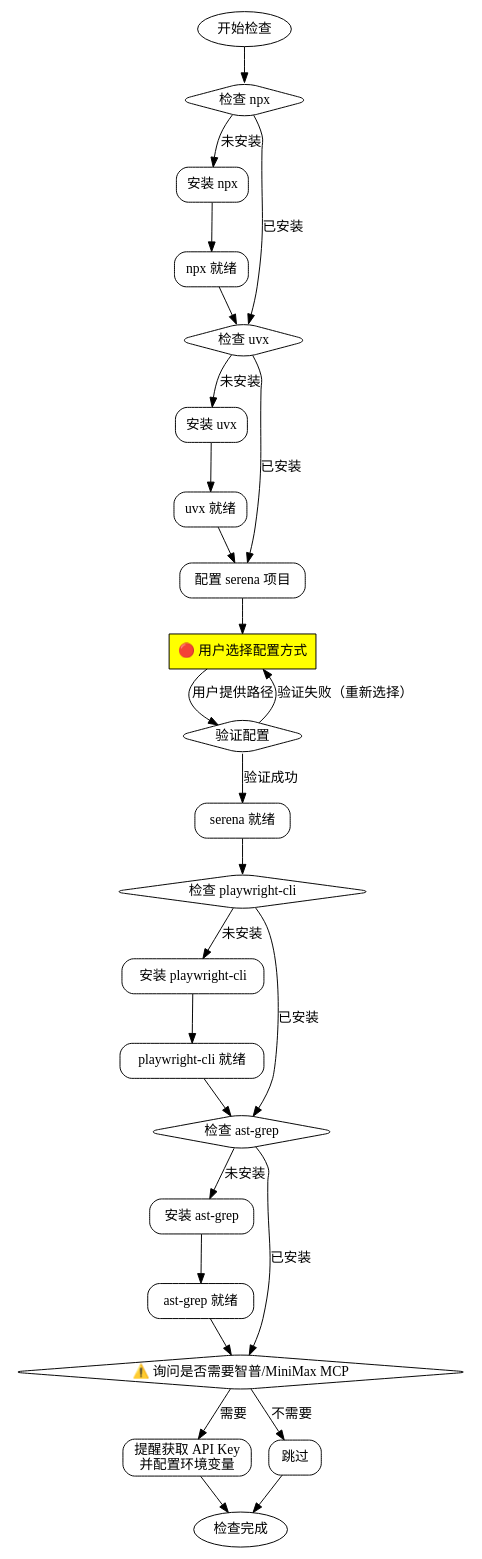
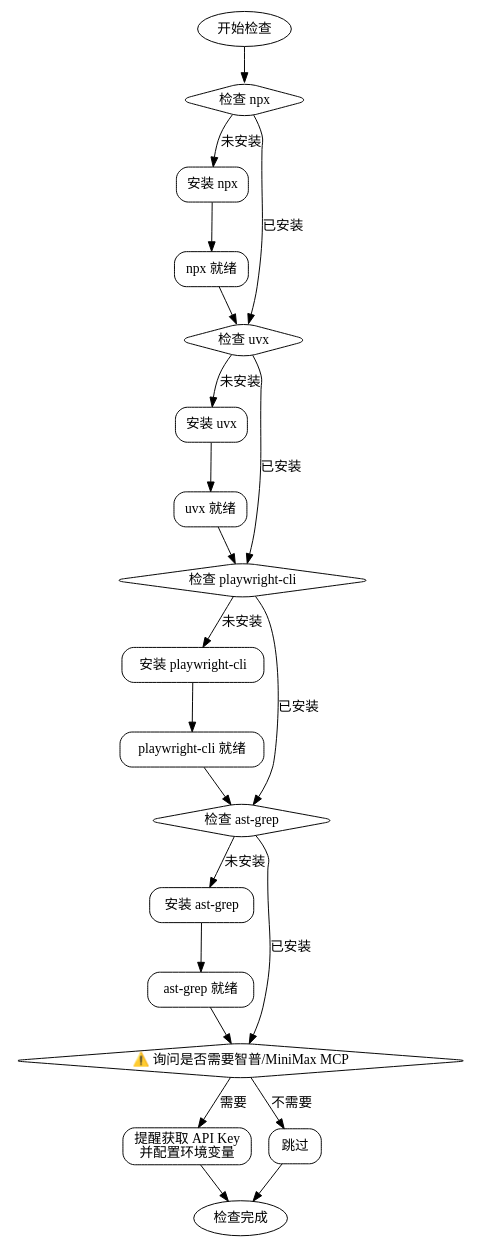
One commit to michaelChe956/Cadence-skills changed the second of 2 diagrams in cadence-init/skills/pre-check/SKILL.md. Above: the diagram before and after it, drawn with Graphviz. The commit also changed other lines of this file and 14 other files, not shown here.

````diff
--- a/cadence-init/skills/pre-check/SKILL.md
+++ b/cadence-init/skills/pre-check/SKILL.md
@@ -55,73 +54,60 @@
 ```dot
 digraph check_flow {
     rankdir=TB;
     node [shape=box, style="rounded"];
 
     start [label="开始检查", shape=ellipse];
 
     // 步骤1
     check_npx [label="检查 npx", shape=diamond];
     install_npx [label="安装 npx"];
     npx_done [label="npx 就绪"];
 
     // 步骤2
     check_uvx [label="检查 uvx", shape=diamond];
     install_uvx [label="安装 uvx"];
     uvx_done [label="uvx 就绪"];
 
     // 步骤3
-    check_serena [label="配置 serena 项目"];
-    user_choice [label="🔴 用户选择配置方式", shape=box, style=filled, fillcolor=yellow];
-    validate_serena [label="验证配置", shape=diamond];
-    serena_found [label="serena 就绪"];
-
-    // 步骤4
     check_playwright [label="检查 playwright-cli", shape=diamond];
     install_playwright [label="安装 playwright-cli"];
     playwright_done [label="playwright-cli 就绪"];
 
-    // 步骤5
+    // 步骤4
     check_ast_grep [label="检查 ast-grep", shape=diamond];
     install_ast_grep [label="安装 ast-grep"];
     ast_grep_done [label="ast-grep 就绪"];
 
-    // 步骤6（可选）
+    // 步骤5（可选）
     ask_apikey [label="⚠️ 询问是否需要智普/MiniMax MCP", shape=diamond];
     remind_apikey [label="提醒获取 API Key\n并配置环境变量"];
     skip_apikey [label="跳过"];
 
     end [label="检查完成", shape=ellipse];
 
     start -> check_npx;
     check_npx -> install_npx [label="未安装"];
     check_npx -> check_uvx [label="已安装"];
     install_npx -> npx_done;
     npx_done -> check_uvx;
 
     check_uvx -> install_uvx [label="未安装"];
-    check_uvx -> check_serena [label="已安装"];
+    check_uvx -> check_playwright [label="已安装"];
     install_uvx -> uvx_done;
-    uvx_done -> check_serena;
-
-    check_serena -> user_choice;
-    user_choice -> validate_serena [label="用户提供路径"];
-    validate_serena -> serena_found [label="验证成功"];
-    validate_serena -> user_choice [label="验证失败（重新选择）"];
-
-    serena_found -> check_playwright;
+    uvx_done -> check_playwright;
     check_playwright -> install_playwright [label="未安装"];
     check_playwright -> check_ast_grep [label="已安装"];
     install_playwright -> playwright_done;
     playwright_done -> check_ast_grep;
 
     check_ast_grep -> install_ast_grep [label="未安装"];
     check_ast_grep -> ask_apikey [label="已安装"];
     install_ast_grep -> ast_grep_done;
     ast_grep_done -> ask_apikey;
 
     ask_apikey -> remind_apikey [label="需要"];
     ask_apikey -> skip_apikey [label="不需要"];
     remind_apikey -> end;
     skip_apikey -> end;
 }
 ```
````
